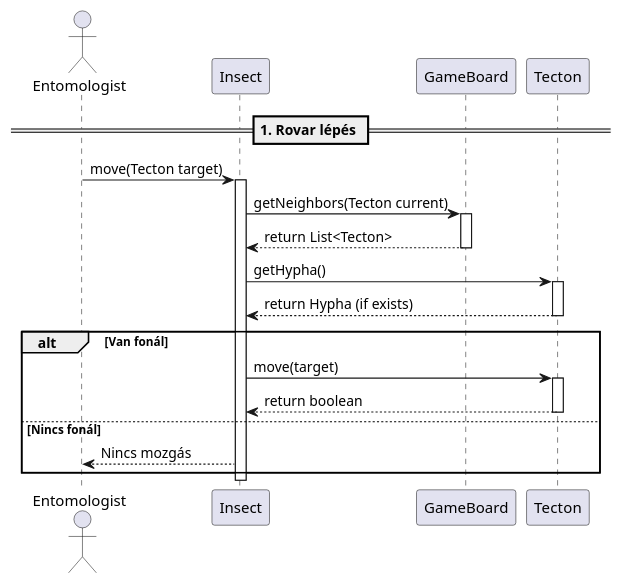
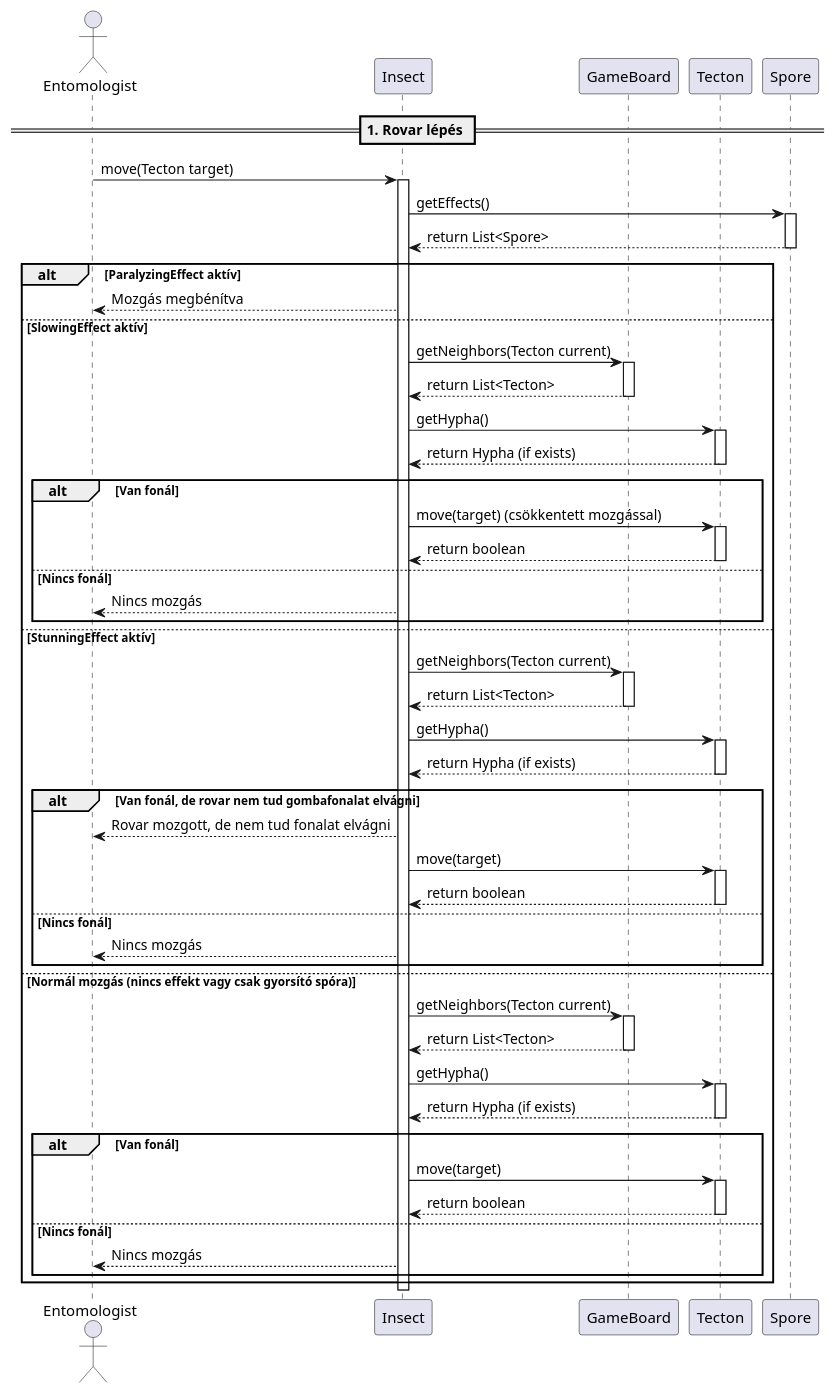
One commit to hujberhunor/SzomiSztegoProjlab changed the diagram in UML/Sequence/Rovar-mozgas.plantuml. Above: the diagram before and after it, drawn with PlantUML. The commit also changed 4 other files, not shown here.

```diff
--- a/UML/Sequence/Rovar-mozgas.plantuml
+++ b/UML/Sequence/Rovar-mozgas.plantuml
@@ -1,33 +1,85 @@
 @startuml
 
 == 1. Rovar lépés ==
 actor Entomologist
 participant Insect
 participant GameBoard
 participant Tecton
+participant Spore
 
 Entomologist -> Insect: move(Tecton target)
 activate Insect
 
-Insect -> GameBoard: getNeighbors(Tecton current)
-activate GameBoard
-GameBoard --> Insect: return List<Tecton>
-deactivate GameBoard
+Insect -> Spore: getEffects()
+activate Spore
+Spore --> Insect: return List<Spore>
 
-Insect -> Tecton: getHypha()
-activate Tecton
-Tecton --> Insect: return Hypha (if exists)
-deactivate Tecton
+deactivate Spore
 
-alt Van fonál
-    Insect -> Tecton: move(target)
+alt ParalyzingEffect aktív
+    Insect --> Entomologist: Mozgás megbénítva
+else SlowingEffect aktív
+    Insect -> GameBoard: getNeighbors(Tecton current)
+    activate GameBoard
+    GameBoard --> Insect: return List<Tecton>
+    deactivate GameBoard
+
+    Insect -> Tecton: getHypha()
     activate Tecton
-    Tecton --> Insect: return boolean 
+    Tecton --> Insect: return Hypha (if exists)
     deactivate Tecton
-else Nincs fonál
-    Insect --> Entomologist: Nincs mozgás 
+
+    alt Van fonál
+        Insect -> Tecton: move(target) (csökkentett mozgással)
+        activate Tecton
+        Tecton --> Insect: return boolean
+        deactivate Tecton
+    else Nincs fonál
+        Insect --> Entomologist: Nincs mozgás
+    end
+
+else StunningEffect aktív
+    Insect -> GameBoard: getNeighbors(Tecton current)
+    activate GameBoard
+    GameBoard --> Insect: return List<Tecton>
+    deactivate GameBoard
+
+    Insect -> Tecton: getHypha()
+    activate Tecton
+    Tecton --> Insect: return Hypha (if exists)
+    deactivate Tecton
+
+    alt Van fonál, de rovar nem tud gombafonalat elvágni
+        Insect --> Entomologist: Rovar mozgott, de nem tud fonalat elvágni
+        Insect -> Tecton: move(target)
+        activate Tecton
+        Tecton --> Insect: return boolean
+        deactivate Tecton
+    else Nincs fonál
+        Insect --> Entomologist: Nincs mozgás
+    end
+
+else Normál mozgás (nincs effekt vagy csak gyorsító spóra)
+    Insect -> GameBoard: getNeighbors(Tecton current)
+    activate GameBoard
+    GameBoard --> Insect: return List<Tecton>
+    deactivate GameBoard
+
+    Insect -> Tecton: getHypha()
+    activate Tecton
+    Tecton --> Insect: return Hypha (if exists)
+    deactivate Tecton
+
+    alt Van fonál
+        Insect -> Tecton: move(target)
+        activate Tecton
+        Tecton --> Insect: return boolean
+        deactivate Tecton
+    else Nincs fonál
+        Insect --> Entomologist: Nincs mozgás
+    end
 end
 
 deactivate Insect
 
 @enduml
```
